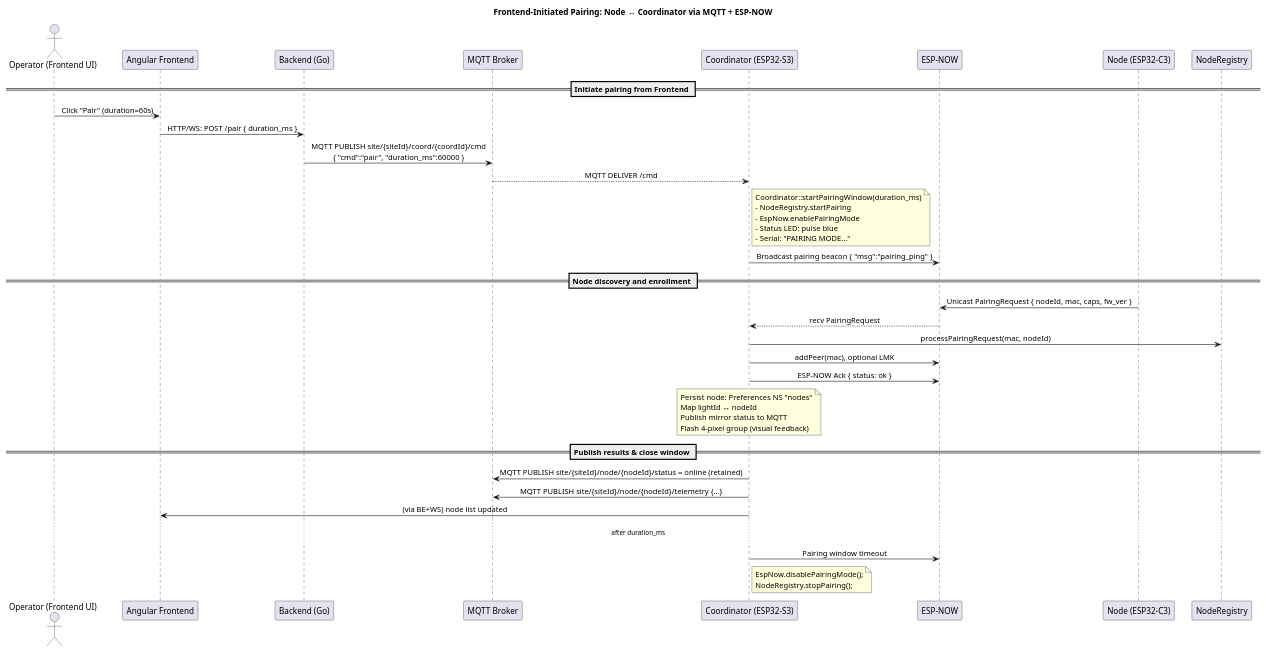
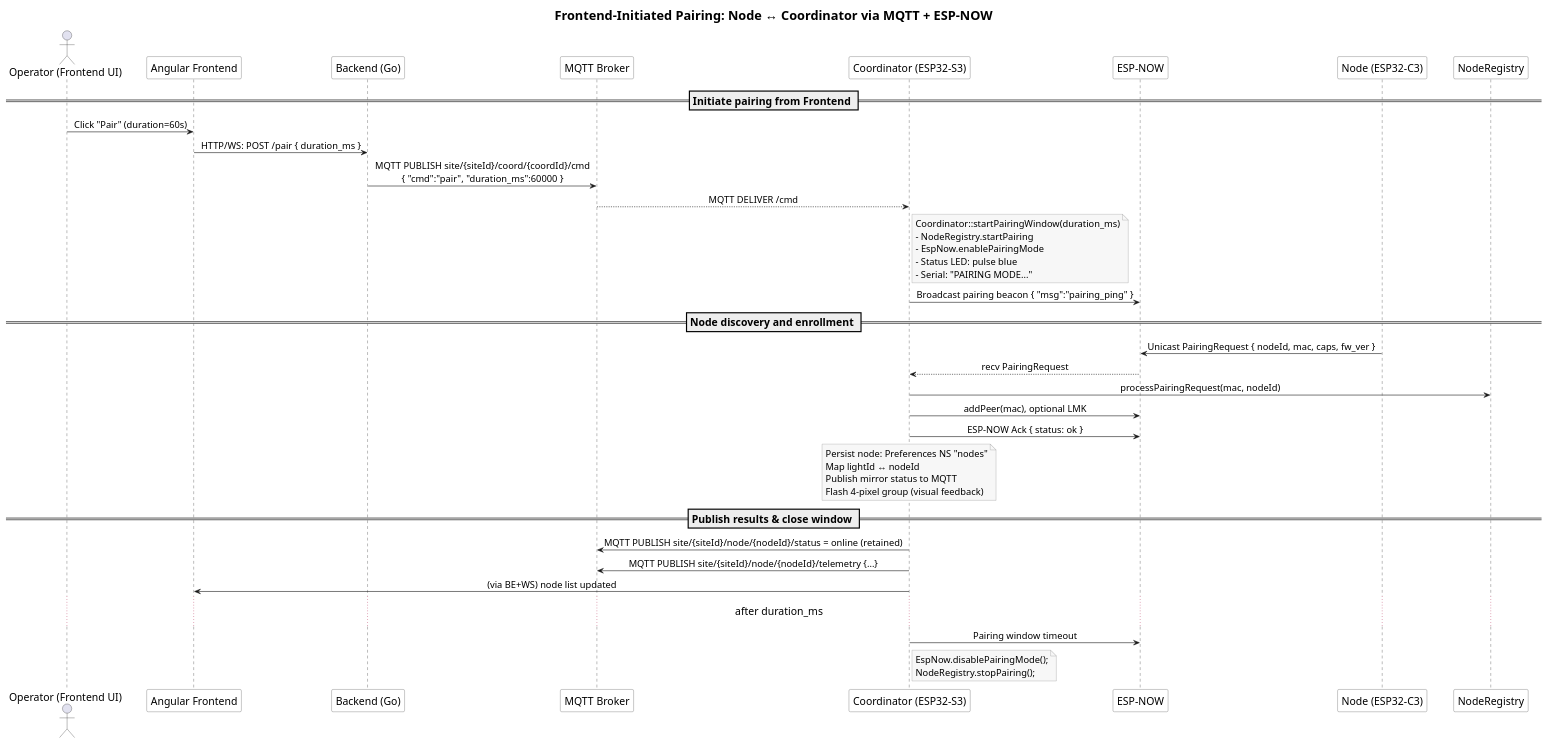
The diagram in docs/diagrams/pairing_sequence.puml (DICEsda/IOT-TileNodeCoordinator), drawn with PlantUML before and after one commit.

Commit message:
docs: improve pairing sequence diagram readability (larger fonts, padding)

```diff
--- a/docs/diagrams/pairing_sequence.puml
+++ b/docs/diagrams/pairing_sequence.puml
@@ -1,58 +1,69 @@
 @startuml
 title Frontend-Initiated Pairing: Node ↔ Coordinator via MQTT + ESP-NOW
 
-skinparam ParticipantPadding 10
-skinparam BoxPadding 8
+skinparam ParticipantPadding 18
+skinparam BoxPadding 14
 skinparam sequenceMessageAlign center
+skinparam defaultFontName Arial
+skinparam defaultFontSize 18
+skinparam ArrowFontSize 16
+skinparam NoteFontSize 16
+skinparam TitleFontSize 22
+skinparam ParticipantFontSize 18
+skinparam SequenceMessageFontSize 16
+skinparam SequenceParticipantBorderColor #444444
+skinparam SequenceParticipantBackgroundColor #ffffff
+skinparam NoteBackgroundColor #f7f7f7
+skinparam NoteBorderColor #888888
 
 actor "Operator (Frontend UI)" as UI
 participant "Angular Frontend" as FE
 participant "Backend (Go)" as BE
 participant "MQTT Broker" as MQ
 participant "Coordinator (ESP32-S3)" as Coord
 participant "ESP-NOW" as ESPNOW
 participant "Node (ESP32-C3)" as Node
 
 == Initiate pairing from Frontend ==
 UI -> FE : Click "Pair" (duration=60s)
 FE -> BE : HTTP/WS: POST /pair { duration_ms }
 BE -> MQ : MQTT PUBLISH site/{siteId}/coord/{coordId}/cmd\n{ "cmd":"pair", "duration_ms":60000 }
 MQ --> Coord : MQTT DELIVER /cmd
 
 note right of Coord
 Coordinator::startPairingWindow(duration_ms)
 - NodeRegistry.startPairing
 - EspNow.enablePairingMode
 - Status LED: pulse blue
 - Serial: "PAIRING MODE..."
 end note
 
 Coord -> ESPNOW : Broadcast pairing beacon { "msg":"pairing_ping" }
 
 == Node discovery and enrollment ==
 Node -> ESPNOW : Unicast PairingRequest { nodeId, mac, caps, fw_ver }
 ESPNOW --> Coord : recv PairingRequest
 Coord -> NodeRegistry : processPairingRequest(mac, nodeId)
 Coord -> ESPNOW : addPeer(mac), optional LMK
 Coord -> ESPNOW : ESP-NOW Ack { status: ok }
 
 note over Coord
 Persist node: Preferences NS "nodes"
 Map lightId ↔ nodeId
 Publish mirror status to MQTT
 Flash 4-pixel group (visual feedback)
 end note
 
 == Publish results & close window ==
 Coord -> MQ : MQTT PUBLISH site/{siteId}/node/{nodeId}/status = online (retained)
 Coord -> MQ : MQTT PUBLISH site/{siteId}/node/{nodeId}/telemetry {...}
 Coord -> FE : (via BE+WS) node list updated
 
 ... after duration_ms ...
 Coord -> ESPNOW : Pairing window timeout
 note right of Coord
 EspNow.disablePairingMode();
 NodeRegistry.stopPairing();
 end note
 
 @enduml
```
